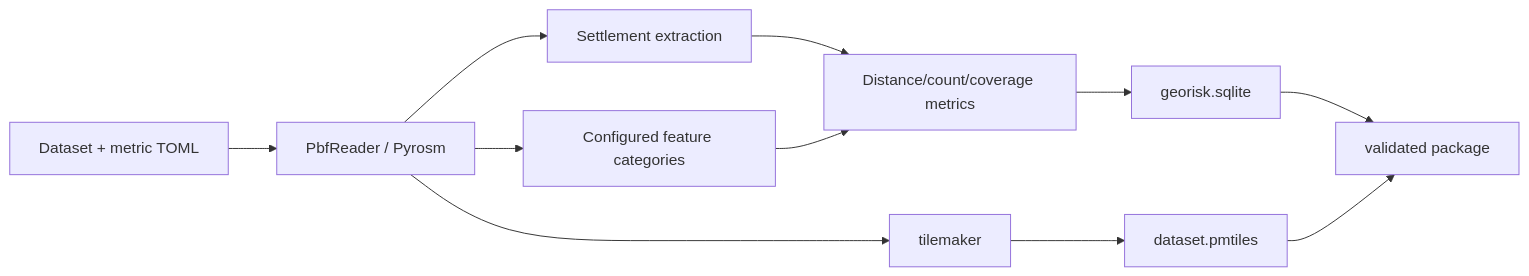
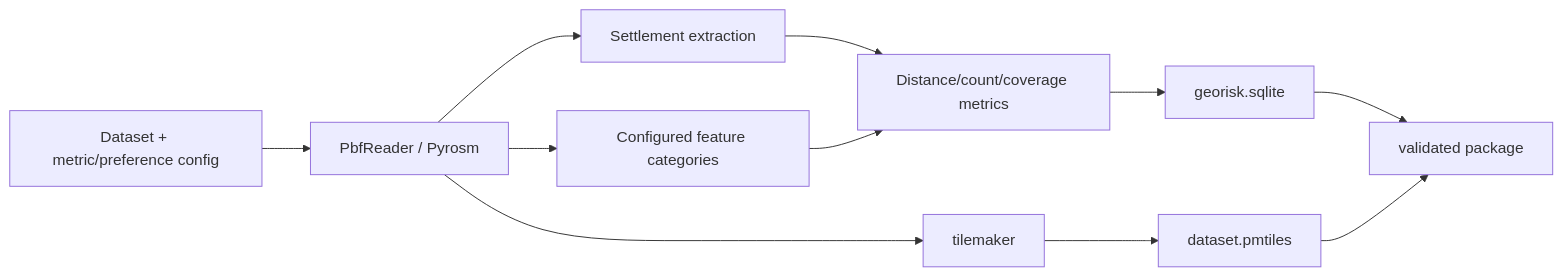
The diagram in geo-builder/README.md (folk21/osmapdigger), drawn with Mermaid before and after one commit. The commit also changed other lines of this file and 34 other files, not shown here.

First line of the commit message:
feat: add dataset-provided preference defaults

````diff
--- a/geo-builder/README.md
+++ b/geo-builder/README.md
@@ -12,13 +12,13 @@
 ```mermaid
 flowchart LR
-    C[Dataset + metric TOML] --> P[PbfReader / Pyrosm]
+    C[Dataset + metric/preference config] --> P[PbfReader / Pyrosm]
     P --> S[Settlement extraction]
     P --> F[Configured feature categories]
     S --> M[Distance/count/coverage metrics]
     F --> M
     M --> DB[georisk.sqlite]
     P --> T[tilemaker]
     T --> PM[dataset.pmtiles]
     DB --> PKG[validated package]
     PM --> PKG
 ```
````
